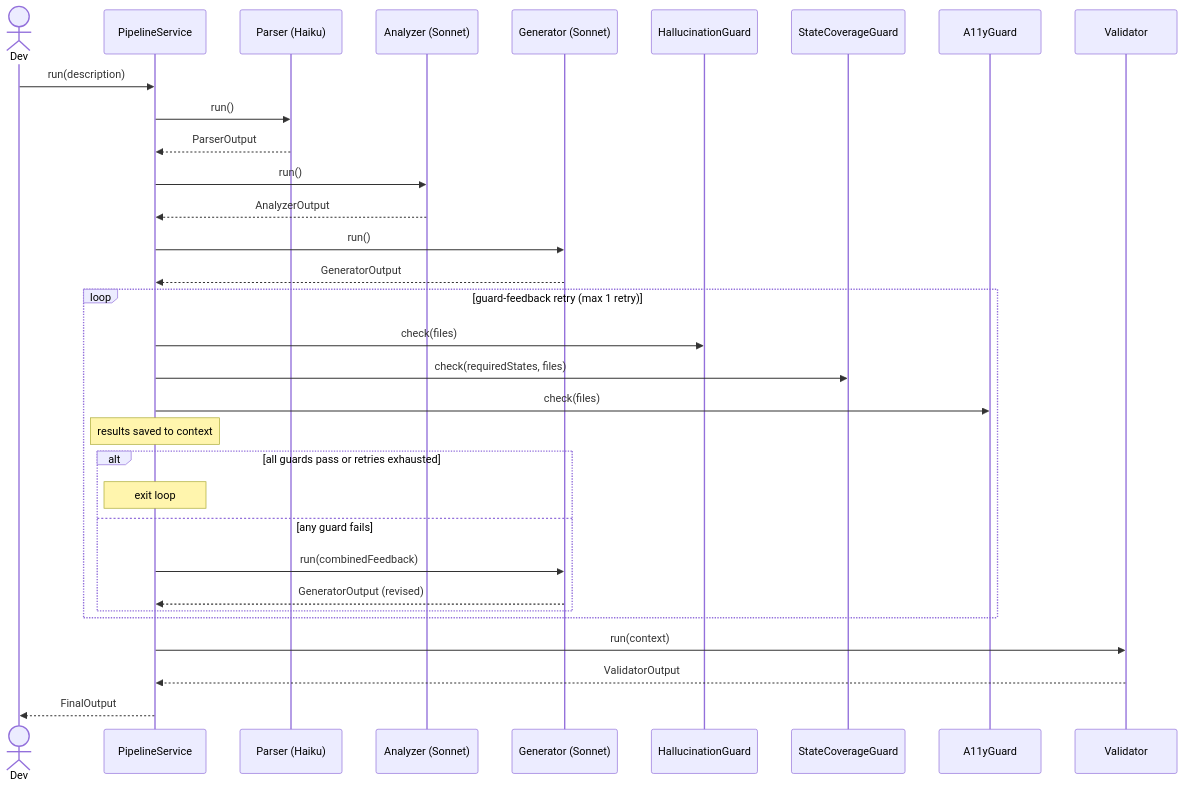
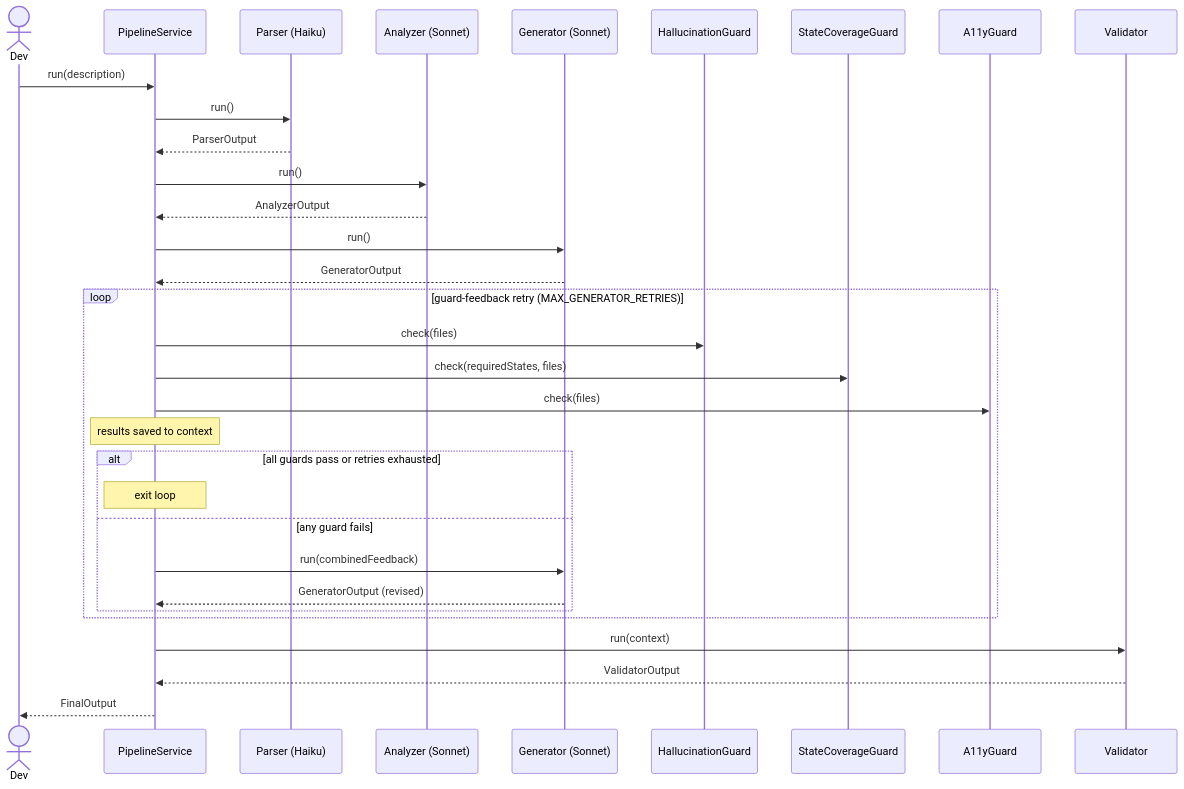
Before and after one commit to just3is-dev/unlimit-test: the third of 3 diagrams in README.md, drawn with Mermaid. The commit also changed other lines of this file, not shown here.

Commit message:
docs: fix stale prose after QualityEvaluator removal, add ADR links in REVIEWER
- README: 'scoring tasks' / 'those stages' → single Parser stage (Haiku)
- README: replace hardcoded '3 attempts' with MAX_SCHEMA_RETRIES reference
- README: replace hardcoded 'max 1 retry' in sequence diagram with MAX_GENERATOR_RETRIES
- ADR-003: clarify 4 stages total, 3 involve LLM calls
- ADR-002: rename rejected alternative to avoid echo of deleted class name
- REVIEWER: add direct links to all three ADR files

````diff
--- a/README.md
+++ b/README.md
@@ -129,41 +129,41 @@
 ```mermaid
 sequenceDiagram
     actor Dev
     participant PS as PipelineService
     participant PA as Parser (Haiku)
     participant AA as Analyzer (Sonnet)
     participant GA as Generator (Sonnet)
     participant HG as HallucinationGuard
     participant SC as StateCoverageGuard
     participant AG as A11yGuard
     participant VA as Validator
 
     Dev->>PS: run(description)
     PS->>PA: run()
     PA-->>PS: ParserOutput
 
     PS->>AA: run()
     AA-->>PS: AnalyzerOutput
 
     PS->>GA: run()
     GA-->>PS: GeneratorOutput
 
-    loop guard-feedback retry (max 1 retry)
+    loop guard-feedback retry (MAX_GENERATOR_RETRIES)
         PS->>HG: check(files)
         PS->>SC: check(requiredStates, files)
         PS->>AG: check(files)
         note over PS: results saved to context
 
         alt all guards pass or retries exhausted
             note over PS: exit loop
         else any guard fails
             PS->>GA: run(combinedFeedback)
             GA-->>PS: GeneratorOutput (revised)
         end
     end
 
     PS->>VA: run(context)
     VA-->>PS: ValidatorOutput
 
     PS-->>Dev: FinalOutput
 ```
````
